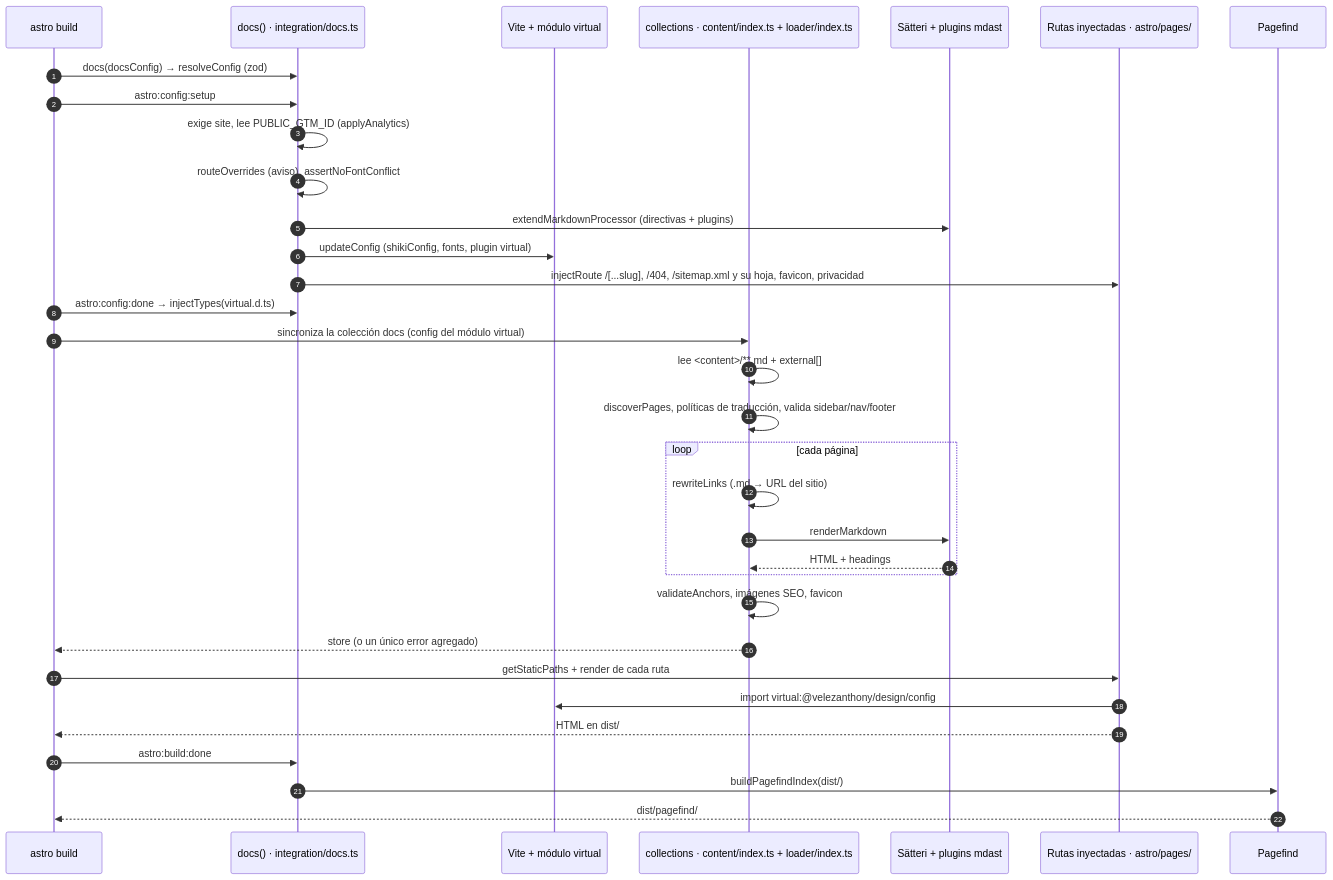
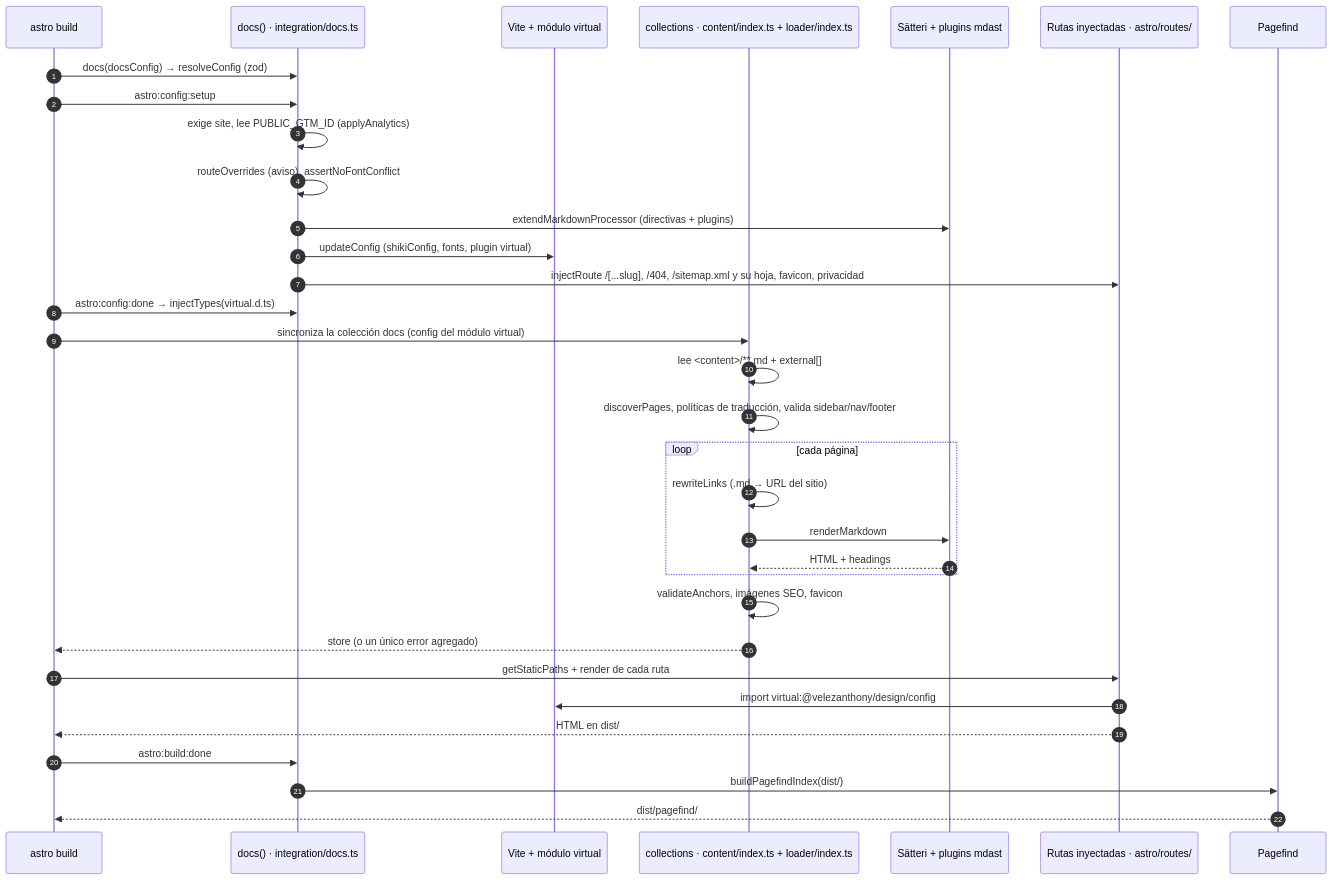
One commit to velezanthony/design changed the first of 2 diagrams in docs/src/content/docs/integracion/por-dentro.md. Above: the diagram before and after it, drawn with Mermaid. The commit also changed other lines of this file and 27 other files, not shown here.

First line of the commit message:
refactor(astro): rename src/astro/pages to src/astro/routes

````diff
--- a/docs/src/content/docs/integracion/por-dentro.md
+++ b/docs/src/content/docs/integracion/por-dentro.md
@@ -32,36 +32,36 @@
 ```mermaid
 sequenceDiagram
   autonumber
   participant CLI as astro build
   participant Int as docs() · integration/docs.ts
   participant Vite as Vite + módulo virtual
   participant Ldr as collections · content/index.ts + loader/index.ts
   participant MD as Sätteri + plugins mdast
-  participant Rt as Rutas inyectadas · astro/pages/
+  participant Rt as Rutas inyectadas · astro/routes/
   participant PF as Pagefind
 
   CLI->>Int: docs(docsConfig) → resolveConfig (zod)
   CLI->>Int: astro:config:setup
   Int->>Int: exige site, lee PUBLIC_GTM_ID (applyAnalytics)
   Int->>Int: routeOverrides (aviso), assertNoFontConflict
   Int->>MD: extendMarkdownProcessor (directivas + plugins)
   Int->>Vite: updateConfig (shikiConfig, fonts, plugin virtual)
   Int->>Rt: injectRoute /[...slug], /404, /sitemap.xml y su hoja, favicon, privacidad
   CLI->>Int: astro:config:done → injectTypes(virtual.d.ts)
   CLI->>Ldr: sincroniza la colección docs (config del módulo virtual)
   Ldr->>Ldr: lee <content>/**.md + external[]
   Ldr->>Ldr: discoverPages, políticas de traducción, valida sidebar/nav/footer
   loop cada página
     Ldr->>Ldr: rewriteLinks (.md → URL del sitio)
     Ldr->>MD: renderMarkdown
     MD-->>Ldr: HTML + headings
   end
   Ldr->>Ldr: validateAnchors, imágenes SEO, favicon
   Ldr-->>CLI: store (o un único error agregado)
   CLI->>Rt: getStaticPaths + render de cada ruta
   Rt->>Vite: import virtual:@velezanthony/design/config
   Rt-->>CLI: HTML en dist/
   CLI->>Int: astro:build:done
   Int->>PF: buildPagefindIndex(dist/)
   PF-->>CLI: dist/pagefind/
 ```
````
